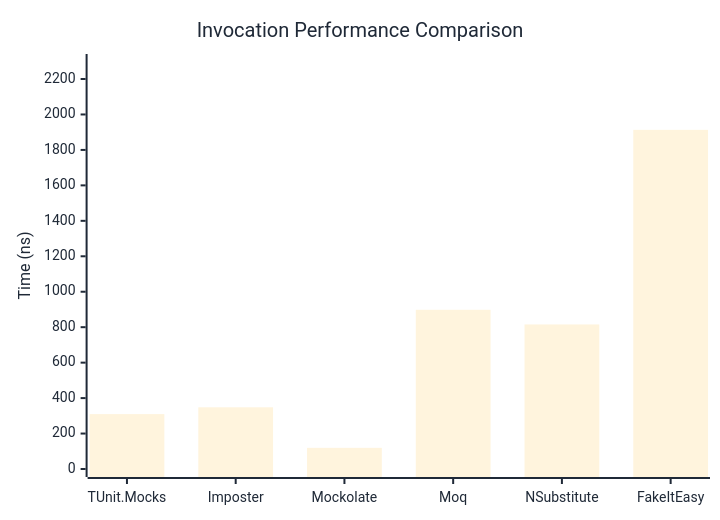
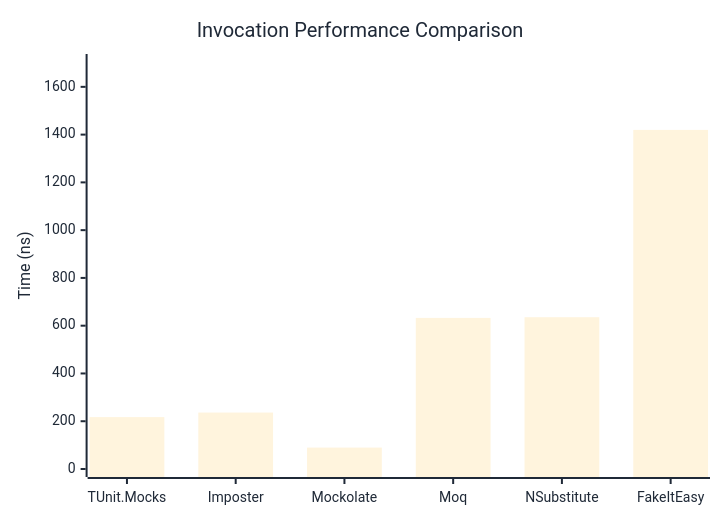
Before and after one commit to thomhurst/TUnit: the first of 3 diagrams in docs/docs/benchmarks/mocks/Invocation.md, drawn with Mermaid. The commit also changed other lines of this file and 14 other files, not shown here.

````diff
--- a/docs/docs/benchmarks/mocks/Invocation.md
+++ b/docs/docs/benchmarks/mocks/Invocation.md
@@ -30,27 +30,27 @@
 ```mermaid
 %%{init: {
   'theme':'base',
   'themeVariables': {
     'primaryColor': '#2563eb',
     'primaryTextColor': '#1f2937',
     'primaryBorderColor': '#1e40af',
     'lineColor': '#6b7280',
     'secondaryColor': '#7c3aed',
     'tertiaryColor': '#dc2626',
     'background': '#ffffff',
     'pie1': '#2563eb',
     'pie2': '#7c3aed',
     'pie3': '#dc2626',
     'pie4': '#f59e0b',
     'pie5': '#10b981',
     'pie6': '#06b6d4',
     'pie7': '#ec4899',
     'pie8': '#6366f1'
   }
 }}%%
 xychart-beta
   title "Invocation Performance Comparison"
   x-axis ["TUnit.Mocks", "Imposter", "Mockolate", "Moq", "NSubstitute", "FakeItEasy"]
-  y-axis "Time (ns)" 0 --> 2296
-  bar [309.6, 348, 119.4, 898.2, 815.5, 1913.3]
+  y-axis "Time (ns)" 0 --> 1704
+  bar [217.29, 236.31, 89.66, 632.6, 635.44, 1419.74]
 ```
````
